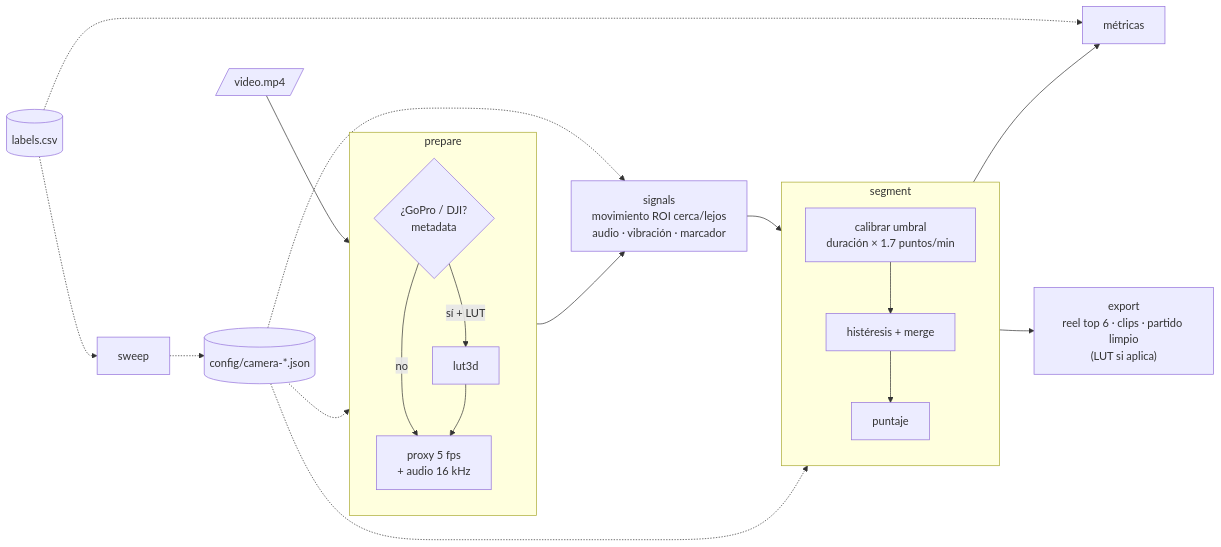
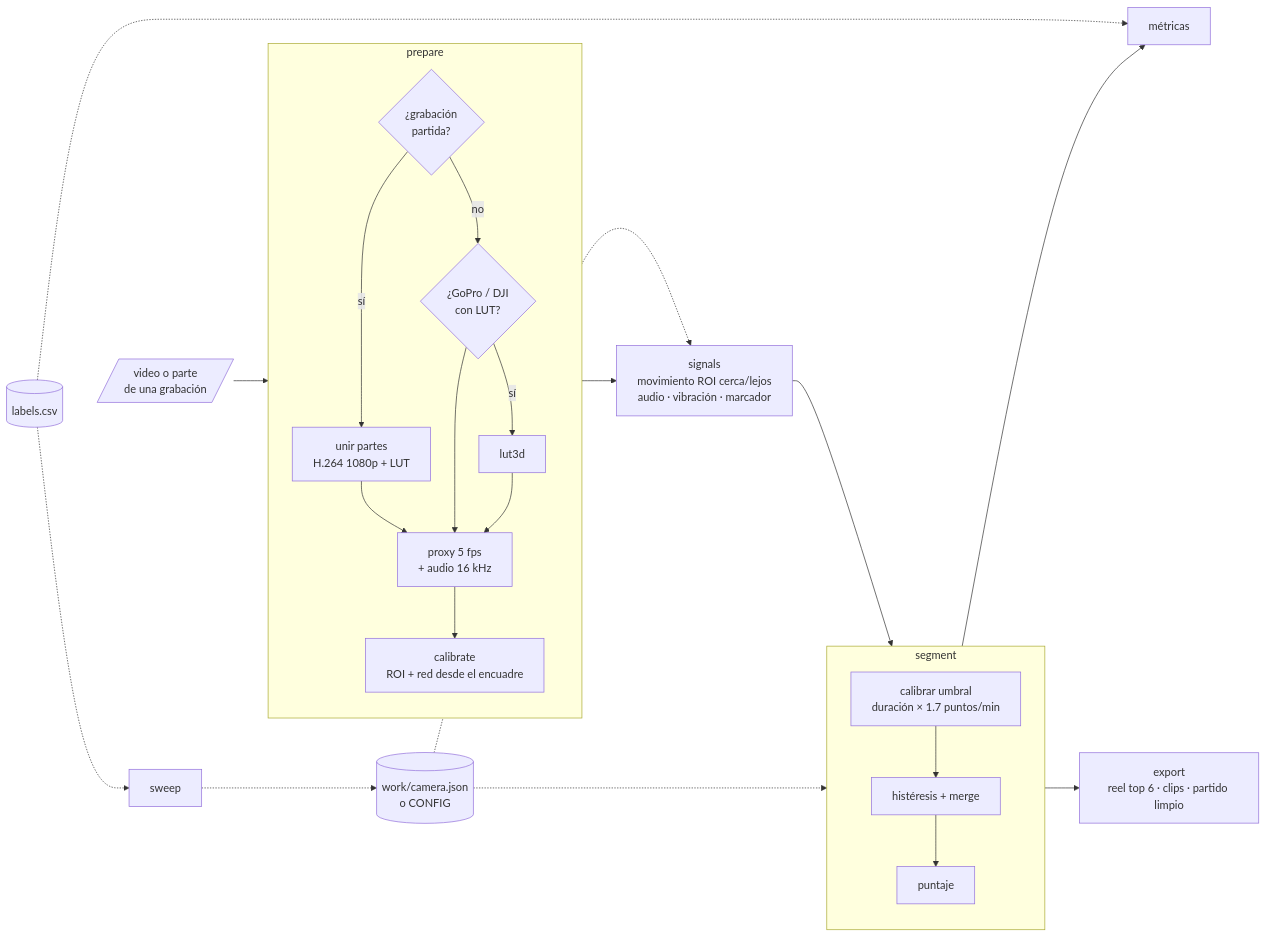
One commit to EfrainLayCastillo/RallycutPa changed the diagram in README.md. Above: the diagram before and after it, drawn with Mermaid. The commit also changed other lines of this file and 9 other files, not shown here.

````diff
--- a/README.md
+++ b/README.md
@@ -49,24 +64,26 @@
 ```mermaid
 flowchart LR
-    V[/"video.mp4"/] --> P
+    V[/"video o parte<br/>de una grabación"/] --> P
 
     subgraph P[prepare]
-        P0{"¿GoPro / DJI?<br/>metadata"} -->|"sí + LUT"| P1["lut3d"]
-        P0 -->|no| P2
-        P1 --> P2["proxy 5 fps<br/>+ audio 16 kHz"]
+        P0{"¿grabación<br/>partida?"} -->|sí| P1["unir partes<br/>H.264 1080p + LUT"]
+        P0 -->|no| P2{"¿GoPro / DJI<br/>con LUT?"}
+        P2 -->|sí| P3["lut3d"]
+        P1 & P2 & P3 --> P4["proxy 5 fps<br/>+ audio 16 kHz"]
+        P4 --> P5["calibrate<br/>ROI + red desde el encuadre"]
     end
 
     P --> S["signals<br/>movimiento ROI cerca/lejos<br/>audio · vibración · marcador"]
     S --> G
 
     subgraph G[segment]
         G1["calibrar umbral<br/>duración × 1.7 puntos/min"] --> G2["histéresis + merge"] --> G3["puntaje"]
     end
 
-    G --> E["export<br/>reel top 6 · clips · partido limpio<br/>(LUT si aplica)"]
+    G --> E["export<br/>reel top 6 · clips · partido limpio"]
 
-    C[("config/camera-*.json")] -.-> P & S & G
+    C[("work/camera.json<br/>o CONFIG")] -.-> S & G
     L[("labels.csv")] -.-> M["métricas"] & SW["sweep"]
     G --> M
     SW -.-> C
 ```
````
